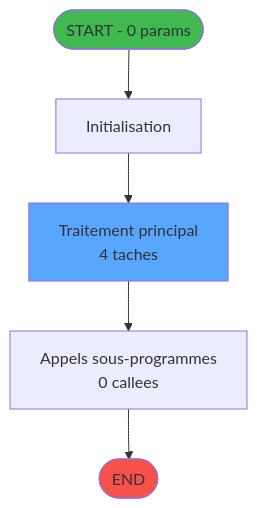
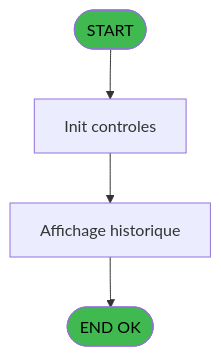
The first of 3 diagrams in .openspec/specs/ADH-IDE-117.md (thonyAGP/magic-migration), drawn with Mermaid before and after one commit. The commit also changed other lines of this file and 493 other files, not shown here.

````diff
--- a/.openspec/specs/ADH-IDE-117.md
+++ b/.openspec/specs/ADH-IDE-117.md
@@ -88,14 +57,13 @@
 ```mermaid
 flowchart TD
-    START([START - 0 params])
-    INIT["Initialisation"]
-    PROCESS["Traitement principal<br/>4 taches"]
-    CALLS["Appels sous-programmes<br/>0 callees"]
-    ENDOK([END])
+    START([START])
+    INIT[Init controles]
+    SAISIE[Affichage historique]
+    ENDOK([END OK])
 
-    START --> INIT --> PROCESS --> CALLS --> ENDOK
+    START --> INIT --> SAISIE
+    SAISIE --> ENDOK
 
-    style START fill:#3fb950
-    style ENDOK fill:#f85149
-    style PROCESS fill:#58a6ff
+    style START fill:#3fb950,color:#000
+    style ENDOK fill:#3fb950,color:#000
 ```
````
